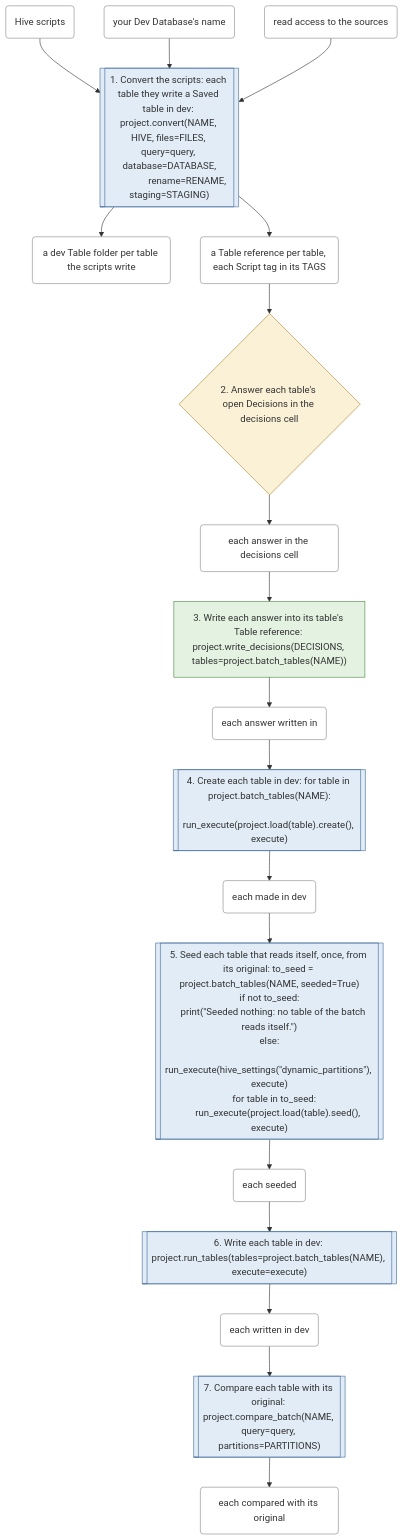
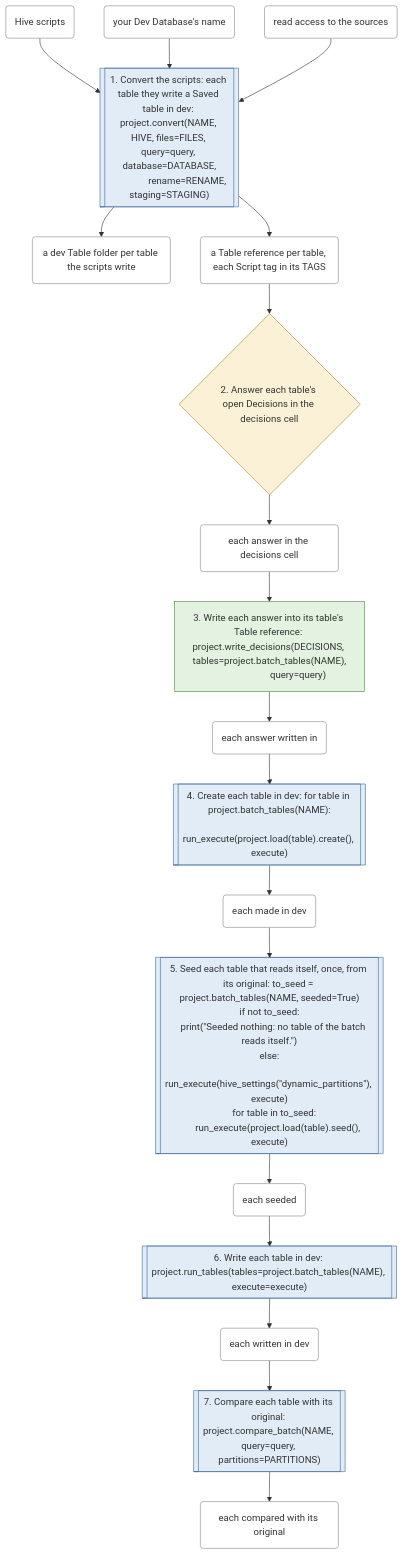
Before and after one commit to EdgyPage/SQL-Composer: the first of 7 diagrams in docs/workflows.md, drawn with Mermaid. The commit also changed other lines of this file and 31 other files, not shown here.

First line of the commit message:
feat(8.10): new_table from a query, new_run_value and the sources Decision add a missing Table reference for you (toolbox-8-10 ticket 02)

````diff
--- a/docs/workflows.md
+++ b/docs/workflows.md
@@ -43,50 +43,51 @@
 ```mermaid
 flowchart TD
     s0[["1. Convert the scripts: each table they write a Saved table in dev: project.convert(NAME, HIVE, files=FILES, query=query, database=DATABASE,
                 rename=RENAME, staging=STAGING)"]]:::warehouse_call
     s1{"2. Answer each table's open Decisions in the decisions cell"}:::your_decision
-    s2["3. Write each answer into its table's Table reference: project.write_decisions(DECISIONS, tables=project.batch_tables(NAME))"]:::files_only
+    s2["3. Write each answer into its table's Table reference: project.write_decisions(DECISIONS, tables=project.batch_tables(NAME),
+                        query=query)"]:::files_only
     s3[["4. Create each table in dev: for table in project.batch_tables(NAME):
     run_execute(project.load(table).create(), execute)"]]:::warehouse_call
     s4[["5. Seed each table that reads itself, once, from its original: to_seed = project.batch_tables(NAME, seeded=True)
 if not to_seed:
     print(#quot;Seeded nothing: no table of the batch reads itself.#quot;)
 else:
     run_execute(hive_settings(#quot;dynamic_partitions#quot;), execute)
     for table in to_seed:
         run_execute(project.load(table).seed(), execute)"]]:::warehouse_call
     s5[["6. Write each table in dev: project.run_tables(tables=project.batch_tables(NAME), execute=execute)"]]:::warehouse_call
     s6[["7. Compare each table with its original: project.compare_batch(NAME, query=query, partitions=PARTITIONS)"]]:::warehouse_call
     t0("Hive scripts"):::thing
     t1("your Dev Database's name"):::thing
     t2("read access to the sources"):::thing
     t3("a dev Table folder per table the scripts write"):::thing
     t4("a Table reference per table, each Script tag in its TAGS"):::thing
     t5("each answer in the decisions cell"):::thing
     t6("each answer written in"):::thing
     t7("each made in dev"):::thing
     t8("each seeded"):::thing
     t9("each written in dev"):::thing
     t10("each compared with its original"):::thing
     t0 --> s0
     t1 --> s0
     t2 --> s0
     s0 --> t3
     s0 --> t4
     t4 --> s1
     s1 --> t5
     t5 --> s2
     s2 --> t6
     t6 --> s3
     s3 --> t7
     t7 --> s4
     s4 --> t8
     t8 --> s5
     s5 --> t9
     t9 --> s6
     s6 --> t10
     classDef files_only fill:#e3f2e1,stroke:#4a8a3f
     classDef warehouse_call fill:#e1ecf7,stroke:#3f6a9a
     classDef your_decision fill:#fbf1d6,stroke:#a8842a
     classDef thing fill:#ffffff,stroke:#888888
 ```
````
